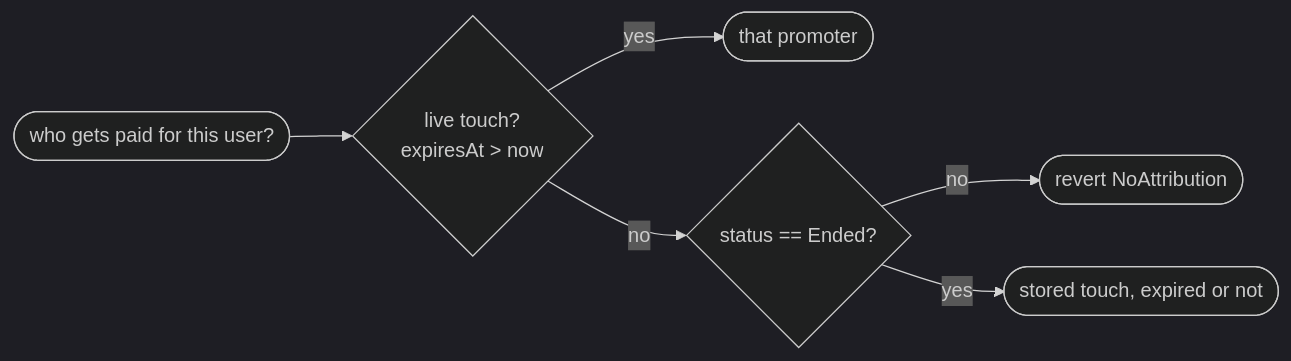
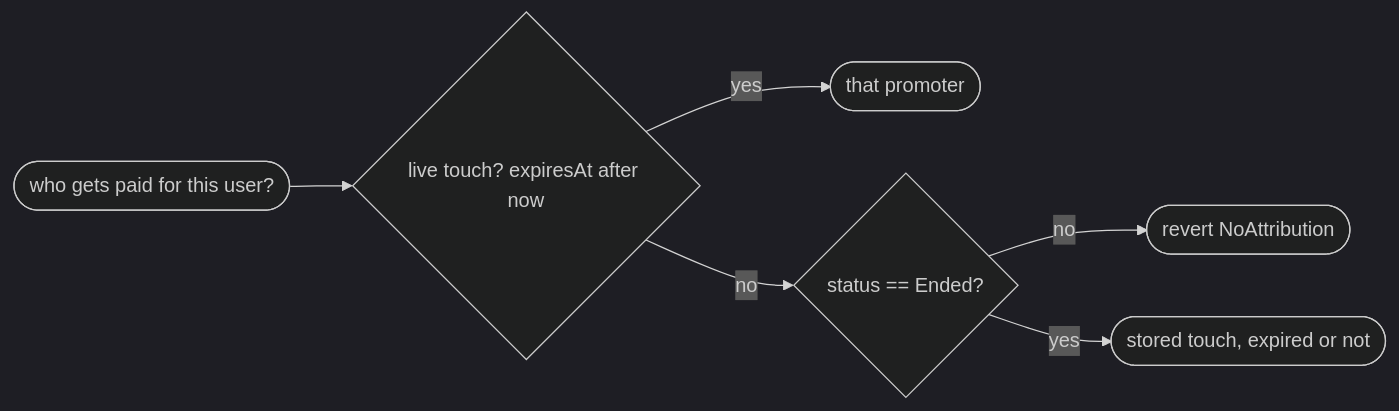
The fourth of 7 diagrams in FLOW.md (0xebby/boney), drawn with Mermaid (dark theme) before and after one commit. The commit also changed other lines of this file, not shown here.

First line of the commit message:
FLOW.md: make the Mermaid render on GitHub

````diff
--- a/FLOW.md
+++ b/FLOW.md
@@ -172,8 +215,8 @@
 ```mermaid
 flowchart LR
-    Q([who gets paid for this user?]) --> LIVE{live touch?<br/>expiresAt &gt; now}
+    Q(["who gets paid for this user?"]) --> LIVE{"live touch? expiresAt after now"}
     LIVE -->|yes| PAY([that promoter])
-    LIVE -->|no| E{status == Ended?}
+    LIVE -->|no| E{"status == Ended?"}
     E -->|no| NONE([revert NoAttribution])
     E -->|yes| STORED([stored touch, expired or not])
 ```
````
